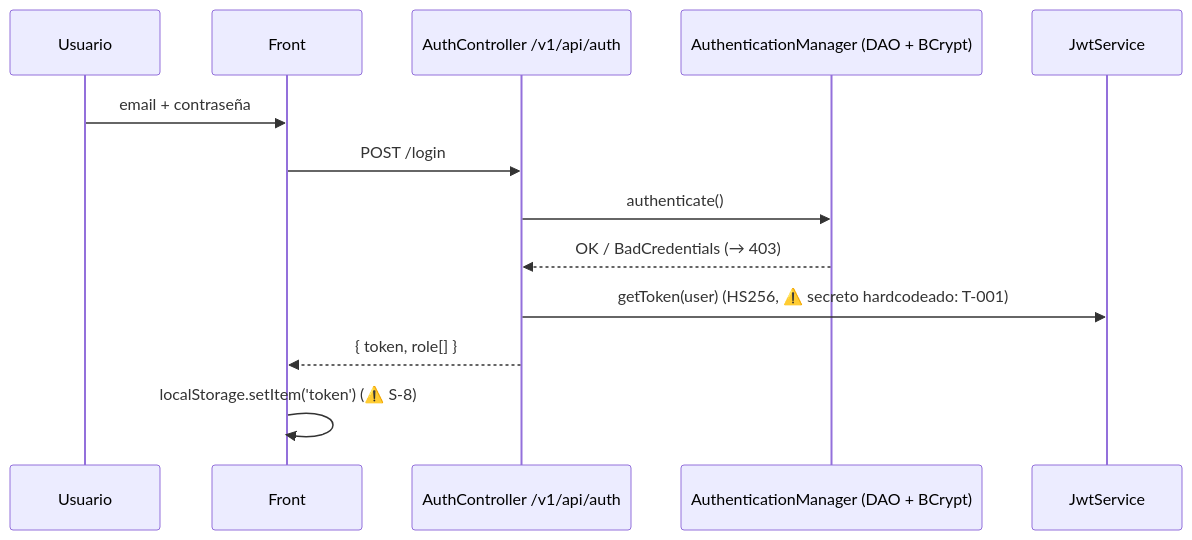
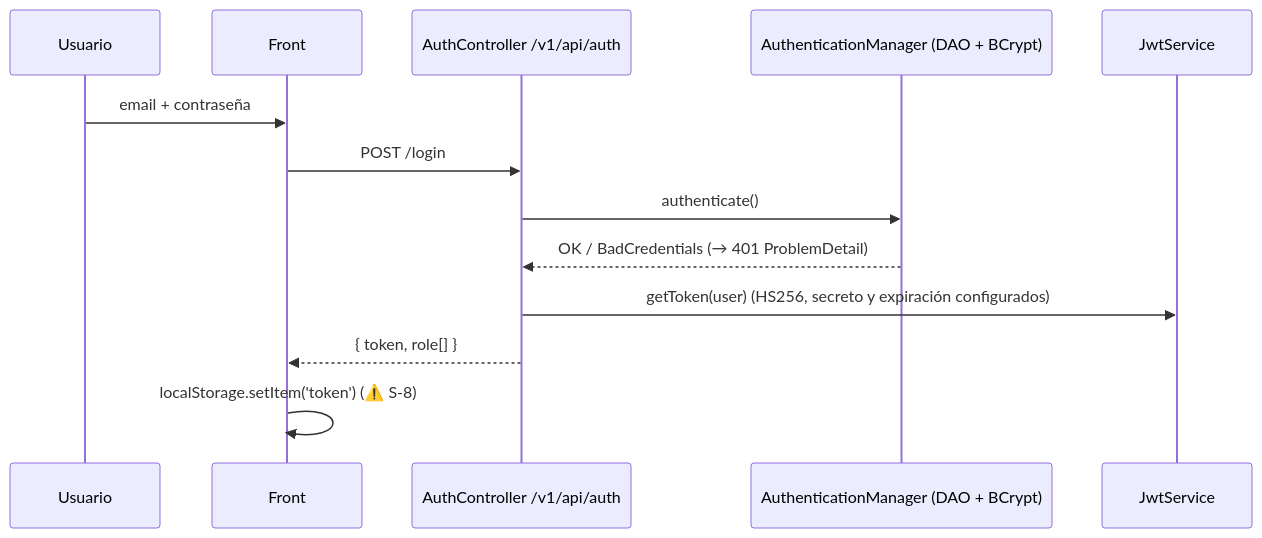
The third of 4 diagrams in docs/ARCHITECTURE.md (MatiasNicolasAcevedo/c15-33-ft-java-react), drawn with Mermaid before and after one commit. The commit also changed other lines of this file and 41 other files, not shown here.

````diff
--- a/docs/ARCHITECTURE.md
+++ b/docs/ARCHITECTURE.md
@@ -49,15 +50,15 @@
 ```mermaid
 sequenceDiagram
   participant U as Usuario
   participant F as Front
   participant A as AuthController /v1/api/auth
   participant M as AuthenticationManager (DAO + BCrypt)
   participant JS as JwtService
   U->>F: email + contraseña
   F->>A: POST /login
   A->>M: authenticate()
-  M-->>A: OK / BadCredentials (→ 403)
-  A->>JS: getToken(user)  (HS256, ⚠️ secreto hardcodeado: T-001)
+  M-->>A: OK / BadCredentials (→ 401 ProblemDetail)
+  A->>JS: getToken(user) (HS256, secreto y expiración configurados)
   A-->>F: { token, role[] }
   F->>F: localStorage.setItem('token')  (⚠️ S-8)
 ```
````
